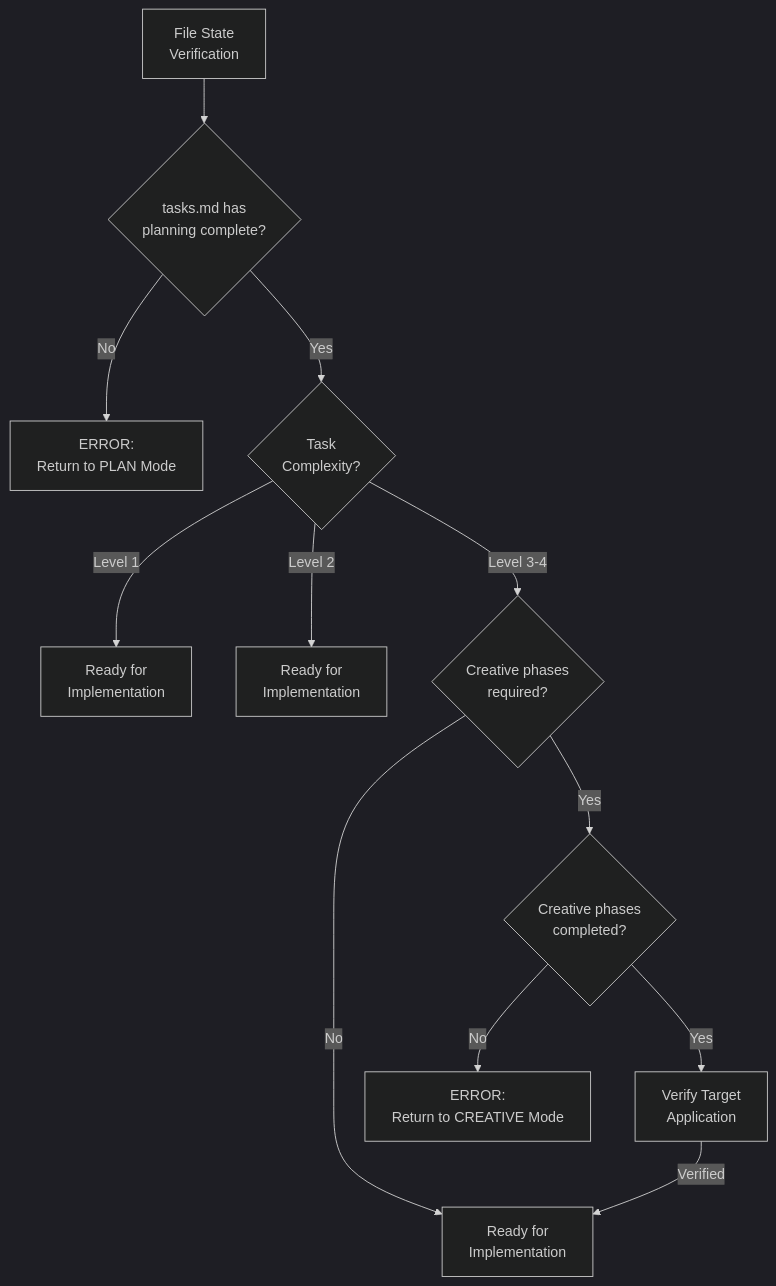
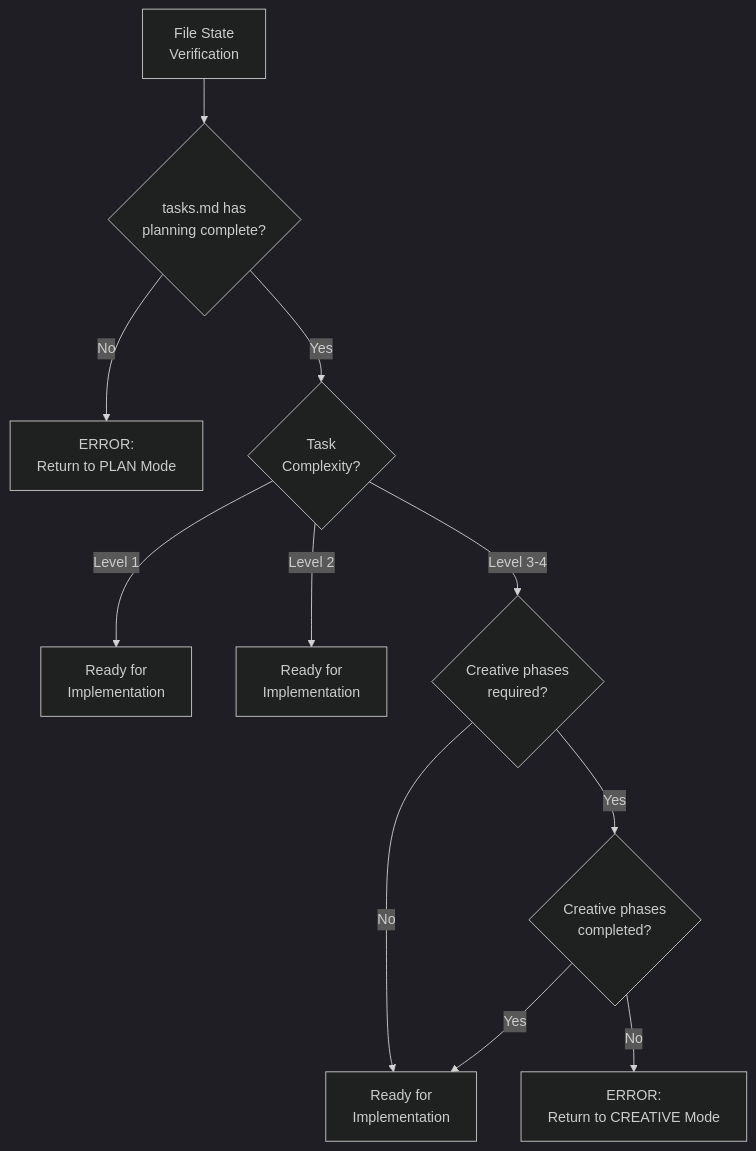
The second of 5 diagrams in .cursor/rules/isolation_rules/visual-maps/implement-mode-map.mdc (taddyorg/inkverse), drawn with Mermaid (dark theme) before and after one commit. The commit also changed other lines of this file and 19 other files, not shown here.

````diff
--- a/.cursor/rules/isolation_rules/visual-maps/implement-mode-map.mdc
+++ b/.cursor/rules/isolation_rules/visual-maps/implement-mode-map.mdc
@@ -111,21 +72,19 @@
 ```mermaid
 graph TD
     Start["File State<br>Verification"] --> CheckTasks{"tasks.md has<br>planning complete?"}
     
     CheckTasks -->|"No"| ErrorPlan["ERROR:<br>Return to PLAN Mode"]
     CheckTasks -->|"Yes"| CheckLevel{"Task<br>Complexity?"}
     
     CheckLevel -->|"Level 1"| L1Ready["Ready for<br>Implementation"]
     
     CheckLevel -->|"Level 2"| L2Ready["Ready for<br>Implementation"]
     
     CheckLevel -->|"Level 3-4"| CheckCreative{"Creative phases<br>required?"}
     
     CheckCreative -->|"No"| L34Ready["Ready for<br>Implementation"]
     CheckCreative -->|"Yes"| VerifyCreative{"Creative phases<br>completed?"}
     
     VerifyCreative -->|"No"| ErrorCreative["ERROR:<br>Return to CREATIVE Mode"]
-    VerifyCreative -->|"Yes"| AppVerification["Verify Target<br>Application"]
-    
-    AppVerification -->|"Verified"| L34Ready
+    VerifyCreative -->|"Yes"| L34Ready
 ```
````
